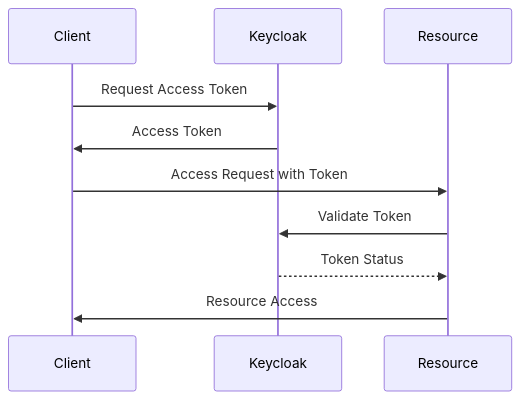
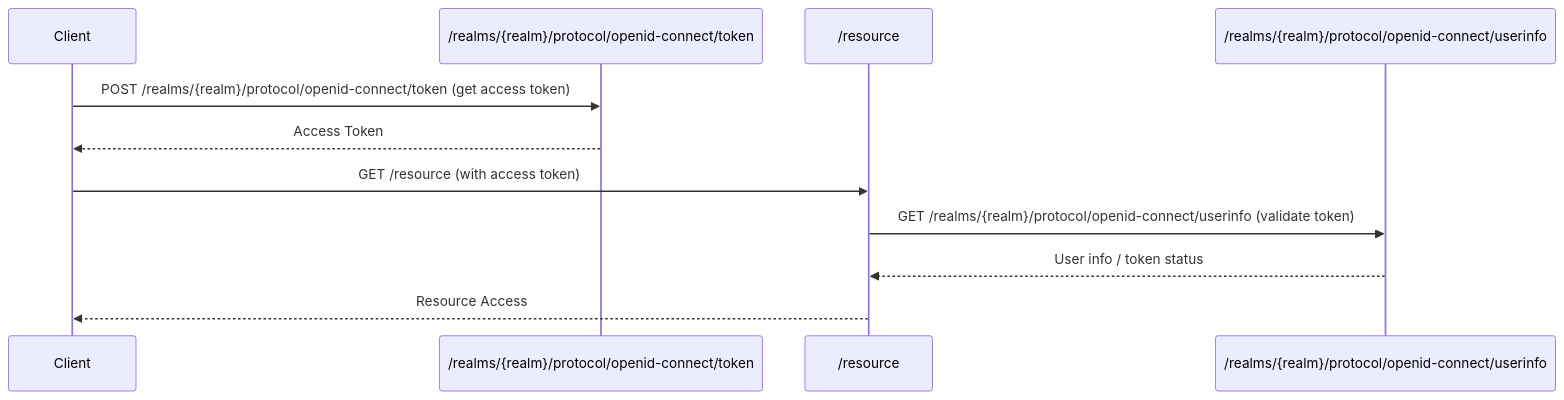
The second of 11 diagrams in iam-system/docs/DESIGN.md (gitmujoshi/cms), drawn with Mermaid before and after one commit. The commit also changed other lines of this file, not shown here.

````diff
--- a/iam-system/docs/DESIGN.md
+++ b/iam-system/docs/DESIGN.md
@@ -39,13 +43,14 @@
 ```mermaid
 sequenceDiagram
     participant Client
-    participant Keycloak
-    participant Resource
-    
-    Client->>Keycloak: Request Access Token
-    Keycloak->>Client: Access Token
-    Client->>Resource: Access Request with Token
-    Resource->>Keycloak: Validate Token
-    Keycloak-->>Resource: Token Status
-    Resource->>Client: Resource Access
+    participant TokenEndpoint as /realms/{realm}/protocol/openid-connect/token
+    participant ResourceAPI as /resource
+    participant UserInfoEndpoint as /realms/{realm}/protocol/openid-connect/userinfo
+
+    Client->>TokenEndpoint: POST /realms/{realm}/protocol/openid-connect/token (get access token)
+    TokenEndpoint-->>Client: Access Token
+    Client->>ResourceAPI: GET /resource (with access token)
+    ResourceAPI->>UserInfoEndpoint: GET /realms/{realm}/protocol/openid-connect/userinfo (validate token)
+    UserInfoEndpoint-->>ResourceAPI: User info / token status
+    ResourceAPI-->>Client: Resource Access
 ```
````
